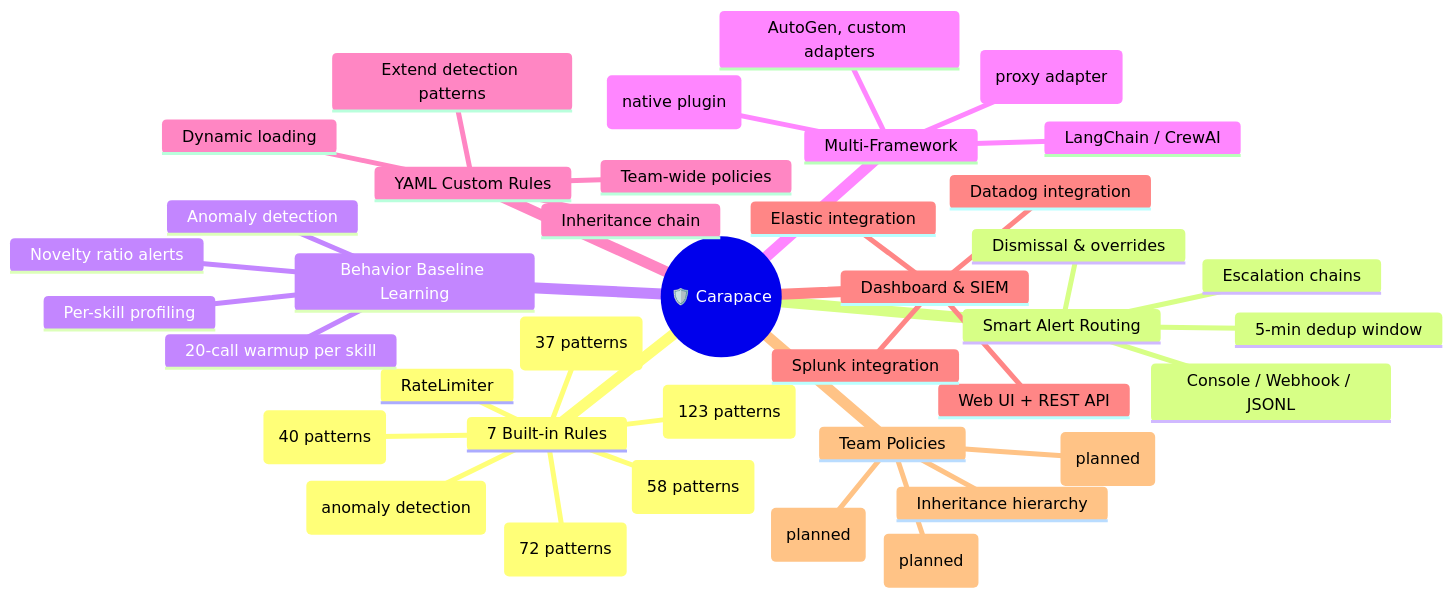
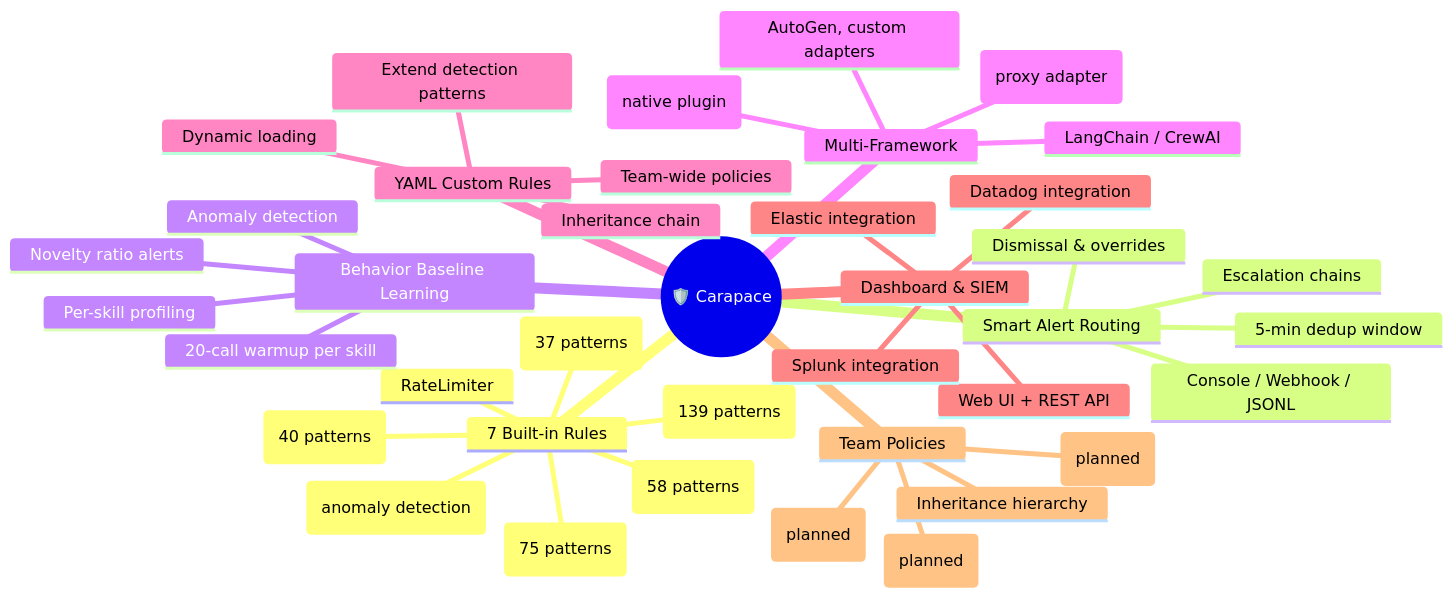
Before and after one commit to yeasy/carapace: the first of 4 diagrams in README.md, drawn with Mermaid. The commit also changed other lines of this file and 3 other files, not shown here.

````diff
--- a/README.md
+++ b/README.md
@@ -70,42 +70,42 @@
 ```mermaid
 mindmap
   root((🛡️ Carapace))
     7 Built-in Rules
-      ExecGuard (123 patterns)
-      PathGuard (72 patterns)
+      ExecGuard (139 patterns)
+      PathGuard (75 patterns)
       NetworkGuard (40 patterns)
       RateLimiter
       PromptInjection (37 patterns)
       DataExfil (58 patterns)
       BaselineDrift (anomaly detection)
     Smart Alert Routing
       5-min dedup window
       Escalation chains
       Dismissal & overrides
       Console / Webhook / JSONL
     Behavior Baseline Learning
       20-call warmup per skill
       Per-skill profiling
       Anomaly detection
       Novelty ratio alerts
     Multi-Framework
       OpenClaw (native plugin)
       MCP (proxy adapter)
       LangChain / CrewAI
       AutoGen, custom adapters
     YAML Custom Rules
       Extend detection patterns
       Team-wide policies
       Inheritance chain
       Dynamic loading
     Dashboard & SIEM
       Web UI + REST API
       Splunk integration
       Elastic integration
       Datadog integration
     Team Policies
       Inheritance hierarchy
       Role-based access (planned)
       Policy versioning (planned)
       Audit logging (planned)
 ```
````
